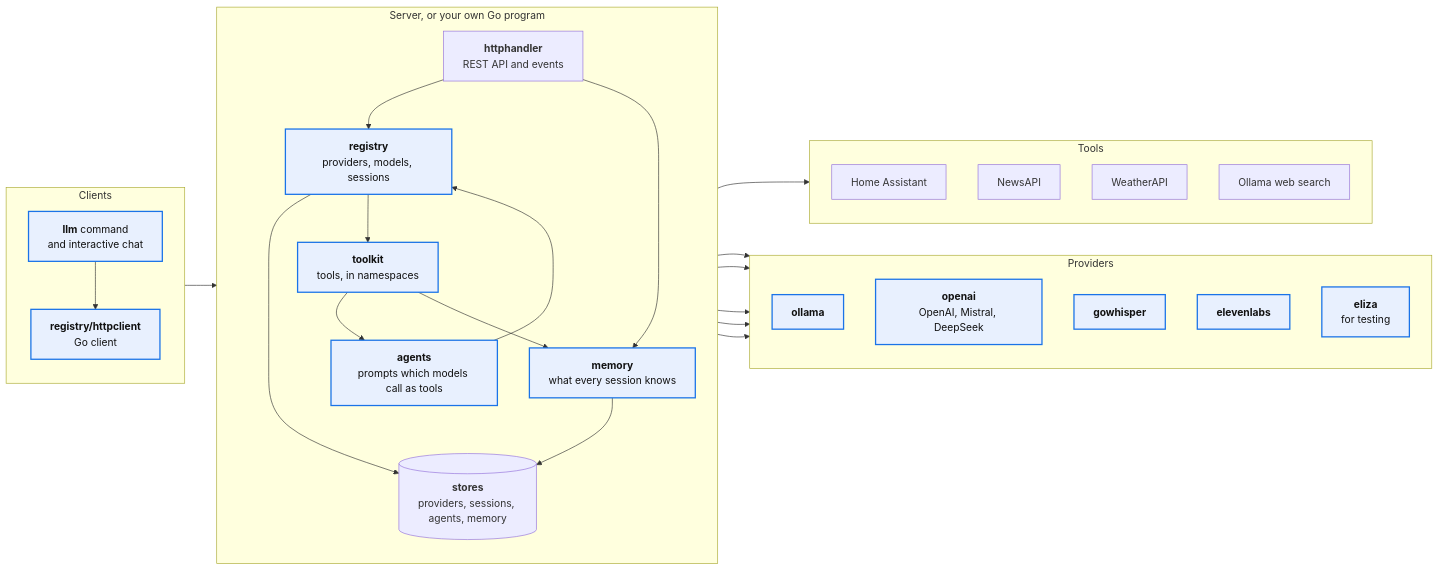
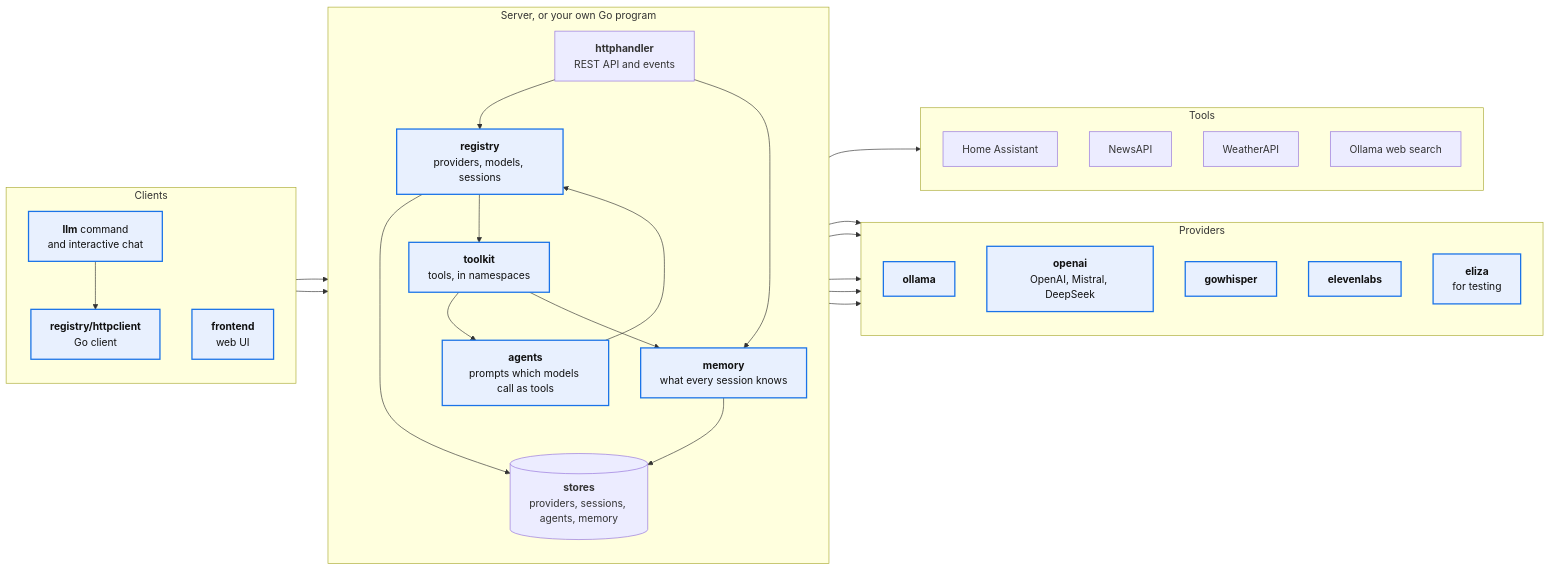
Before and after one commit to mutablelogic/go-llm: the diagram in README.md, drawn with Mermaid. The commit also changed other lines of this file and 64 other files, not shown here.

````diff
--- a/README.md
+++ b/README.md
@@ -8,62 +8,65 @@
 ```mermaid
 flowchart LR
     subgraph Clients
         direction TB
         CLI["`**llm** command
         and interactive chat`"]
         Client["`**registry/httpclient**
         Go client`"]
+        UI["`**frontend**
+        web UI`"]
     end
 
     subgraph Server["Server, or your own Go program"]
         direction TB
         API["`**httphandler**
         REST API and events`"]
         Registry["`**registry**
         providers, models, sessions`"]
         Toolkit["`**toolkit**
         tools, in namespaces`"]
         Agents["`**agents**
         prompts which models call as tools`"]
         Memory["`**memory**
         what every session knows`"]
         Stores[("`**stores**
         providers, sessions, agents, memory`")]
     end
 
     subgraph Providers
         direction TB
         Ollama["`**ollama**`"]
         OpenAI["`**openai**
         OpenAI, Mistral, DeepSeek`"]
         Whisper["`**gowhisper**`"]
         ElevenLabs["`**elevenlabs**`"]
         Eliza["`**eliza**
         for testing`"]
     end
 
     subgraph Tools
         direction TB
         HA["Home Assistant"]
         News["NewsAPI"]
         Weather["WeatherAPI"]
         Search["Ollama web search"]
     end
 
     CLI --> Client
     Client --> API
+    UI --> API
     API --> Registry
     Registry --> Stores
     Registry --> Toolkit
     Toolkit --> Agents
     Toolkit --> Memory
     Agents --> Registry
     API --> Memory
     Memory --> Stores
     Toolkit --> Tools
     Registry --> Ollama & OpenAI & Whisper & ElevenLabs & Eliza
 
     classDef highlight fill:#e8f0fe,stroke:#1a73e8,stroke-width:2px,color:#111
-    class CLI,Client,Registry,Toolkit,Agents,Memory highlight
+    class CLI,Client,UI,Registry,Toolkit,Agents,Memory highlight
     class Ollama,OpenAI,Whisper,ElevenLabs,Eliza highlight
 ```
````
